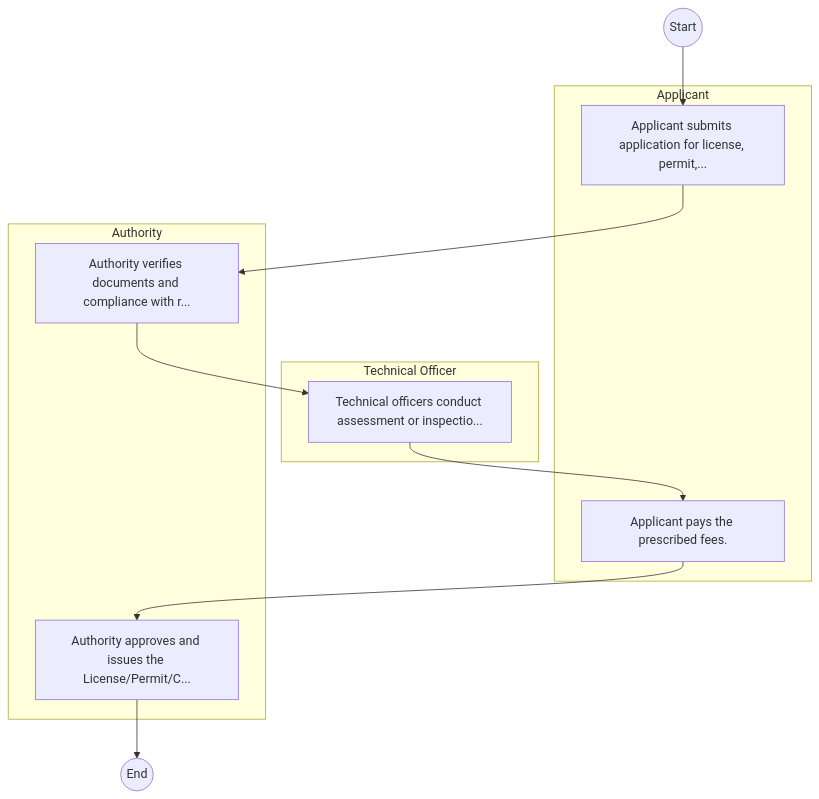
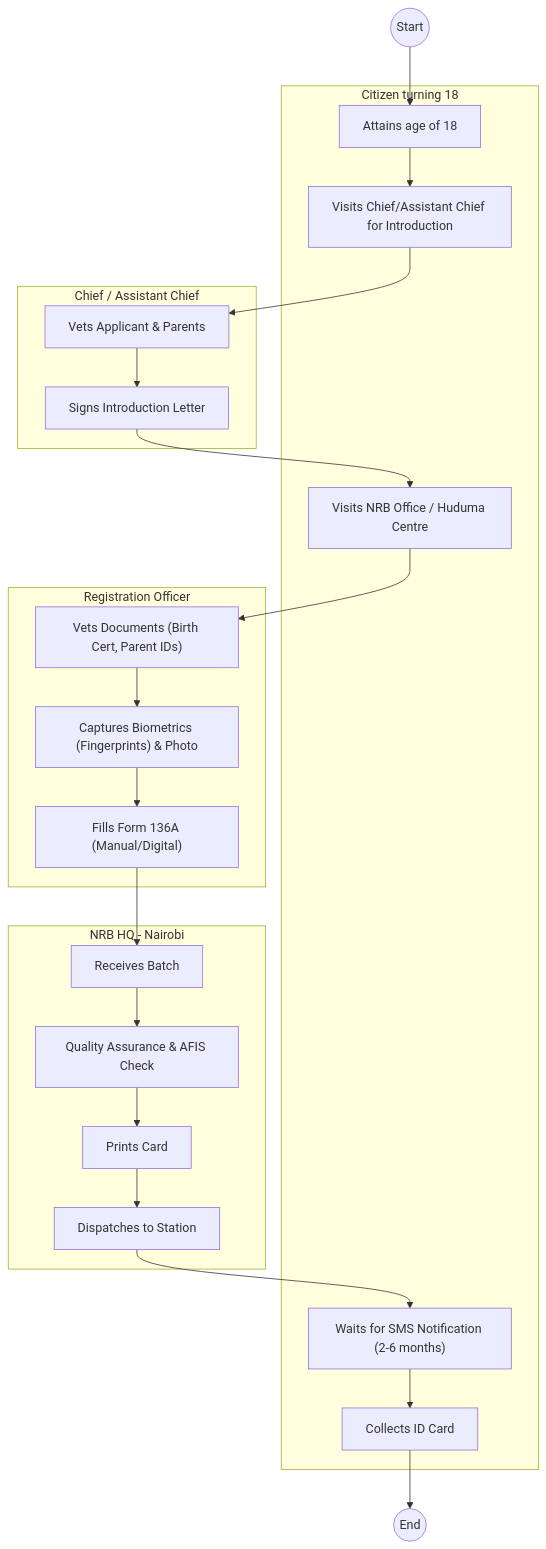
The first of 2 diagrams in mdas/docs_final/_NATIONAL_REGISTRATION_BUREAU_NRB____Service_Delivery.md (BITZ-IT-Consulting-LTD/ictapoc), drawn with Mermaid before and after one commit. The commit also changed other lines of this file and 60 other files, not shown here.

````diff
--- a/mdas/docs_final/_NATIONAL_REGISTRATION_BUREAU_NRB____Service_Delivery.md
+++ b/mdas/docs_final/_NATIONAL_REGISTRATION_BUREAU_NRB____Service_Delivery.md
@@ -20,20 +20,41 @@
 ```mermaid
 graph TD
     Start((Start)) --> S1
-    subgraph Applicant [Applicant]
-        S1["Applicant submits application for license, permit,..."]
-        S4["Applicant pays the prescribed fees."]
+    subgraph Applicant [Citizen turning 18]
+        S1["Attains age of 18"]
+        S2["Visits Chief/Assistant Chief for Introduction"]
+        S3["Visits NRB Office / Huduma Centre"]
+        S6["Waits for SMS Notification (2-6 months)"]
+        S7["Collects ID Card"]
     end
-    subgraph Authority [Authority]
-        S2["Authority verifies documents and compliance with r..."]
-        S5["Authority approves and issues the License/Permit/C..."]
+    subgraph Chief [Chief / Assistant Chief]
+        S2a["Vets Applicant & Parents"]
+        S2b["Signs Introduction Letter"]
     end
-    subgraph TechnicalOfficer [Technical Officer]
-        S3["Technical officers conduct assessment or inspectio..."]
+    subgraph NRBOfficer [Registration Officer]
+        S4["Vets Documents (Birth Cert, Parent IDs)"]
+        S5["Captures Biometrics (Fingerprints) & Photo"]
+        S5a["Fills Form 136A (Manual/Digital)"]
     end
+    subgraph ProductionCentre [NRB HQ - Nairobi]
+        S5b["Receives Batch"]
+        S5c["Quality Assurance & AFIS Check"]
+        S5d["Prints Card"]
+        S5e["Dispatches to Station"]
+    end
+    
     S1 --> S2
-    S2 --> S3
+    S2 --> S2a
+    S2a --> S2b
+    S2b --> S3
     S3 --> S4
     S4 --> S5
-    S5 --> End((End))
+    S5 --> S5a
+    S5a --> S5b
+    S5b --> S5c
+    S5c --> S5d
+    S5d --> S5e
+    S5e --> S6
+    S6 --> S7
+    S7 --> End((End))
 ```
````
